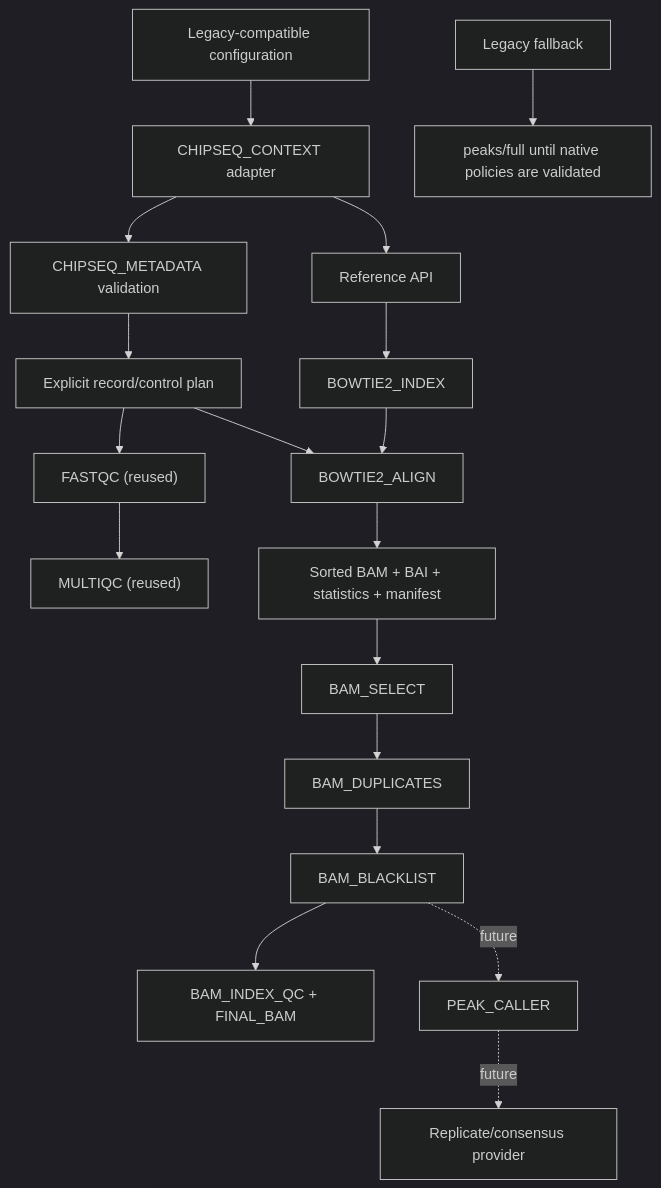
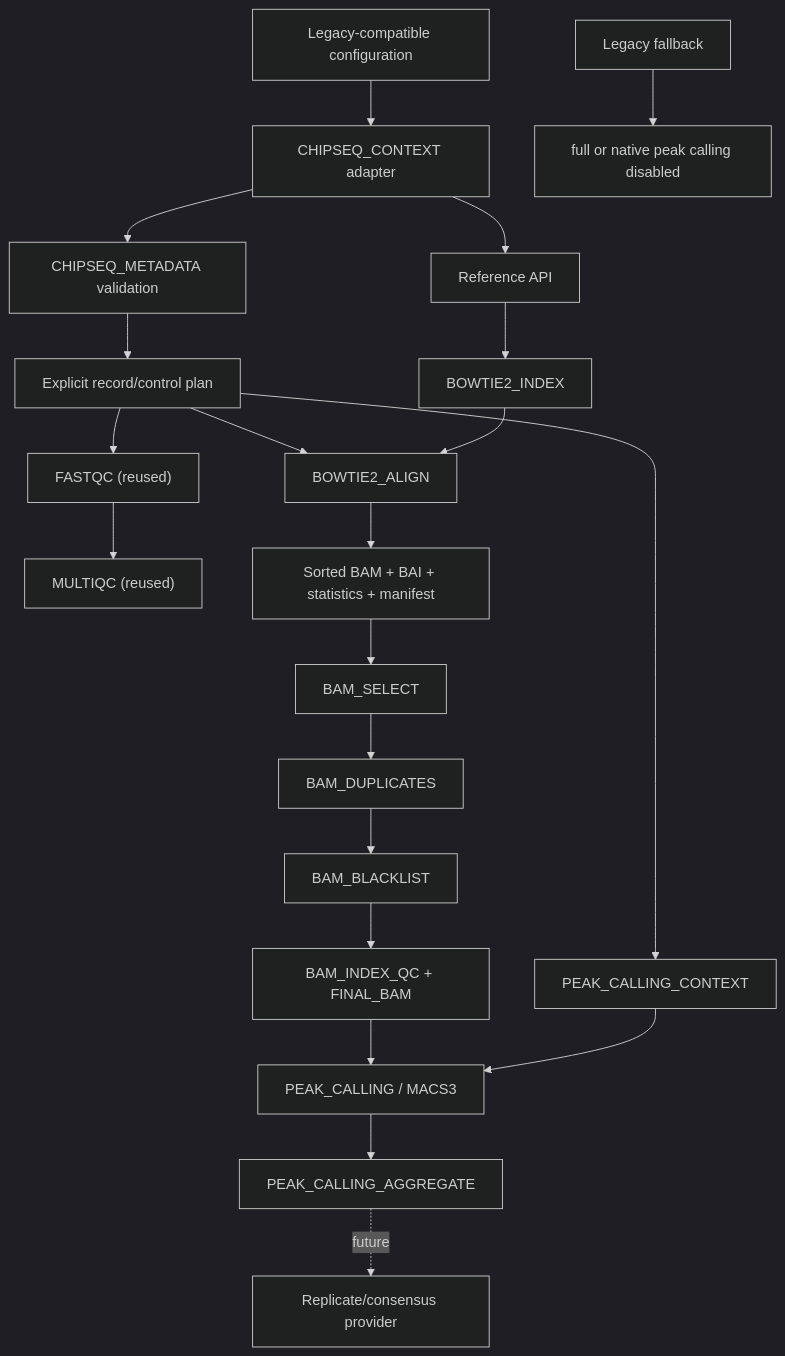
One commit to GMiguelAlves/HelixForge changed the diagram in docs/chipseq-architecture.md. Above: the diagram before and after it, drawn with Mermaid (dark theme). The commit also changed other lines of this file and 12 other files, not shown here.

Commit message:
Document native peak calling

````diff
--- a/docs/chipseq-architecture.md
+++ b/docs/chipseq-architecture.md
@@ -7,22 +7,25 @@
 ```mermaid
 flowchart TD
     CFG["Legacy-compatible configuration"] --> CTX["CHIPSEQ_CONTEXT adapter"]
     CTX --> META["CHIPSEQ_METADATA validation"]
     META --> PLAN["Explicit record/control plan"]
     PLAN --> FQ["FASTQC (reused)"]
     FQ --> MQ["MULTIQC (reused)"]
     CTX --> REF["Reference API"]
     REF --> BI["BOWTIE2_INDEX"]
     PLAN --> BA["BOWTIE2_ALIGN"]
     BI --> BA
     BA --> BAM["Sorted BAM + BAI + statistics + manifest"]
 
     BAM --> SEL["BAM_SELECT"]
     SEL --> DUP["BAM_DUPLICATES"]
     DUP --> BL["BAM_BLACKLIST"]
     BL --> FINAL["BAM_INDEX_QC + FINAL_BAM"]
-    BL -. future .-> PC["PEAK_CALLER"]
-    PC -. future .-> CONS["Replicate/consensus provider"]
+    PLAN --> PCTX["PEAK_CALLING_CONTEXT"]
+    FINAL --> PC["PEAK_CALLING / MACS3"]
+    PCTX --> PC
+    PC --> PAGG["PEAK_CALLING_AGGREGATE"]
+    PAGG -. future .-> CONS["Replicate/consensus provider"]
 
-    LEG["Legacy fallback"] --> FULL["peaks/full until native policies are validated"]
+    LEG["Legacy fallback"] --> FULL["full or native peak calling disabled"]
 ```
````
